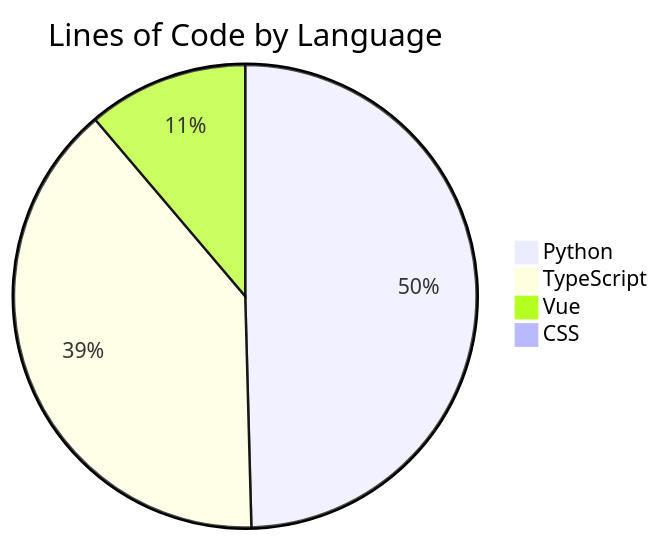
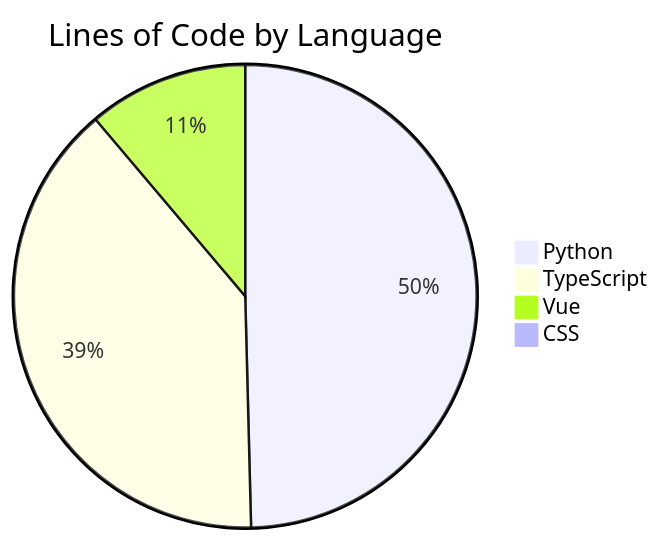
One commit to ISW-stack/AI3L-Community changed the diagram in README.md. Above: the diagram before and after it, drawn with Mermaid. The commit also changed other lines of this file and 1 other file, not shown here.

````diff
--- a/README.md
+++ b/README.md
@@ -374,7 +374,7 @@
 ```mermaid
 pie title Lines of Code by Language
     "Python" : 120549
-    "TypeScript" : 95368
-    "Vue" : 27249
+    "TypeScript" : 95346
+    "Vue" : 27165
     "CSS" : 134
 ```
````
